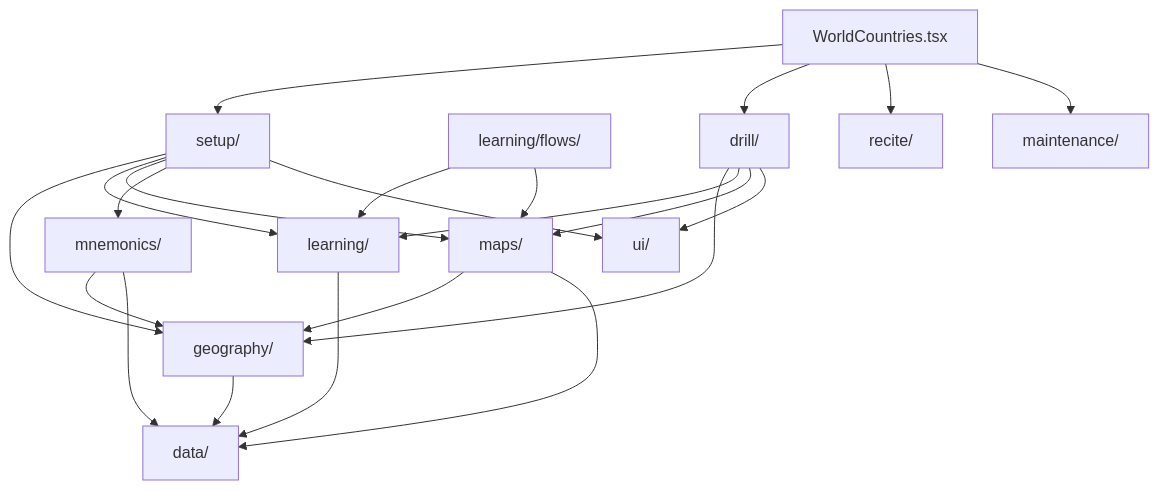
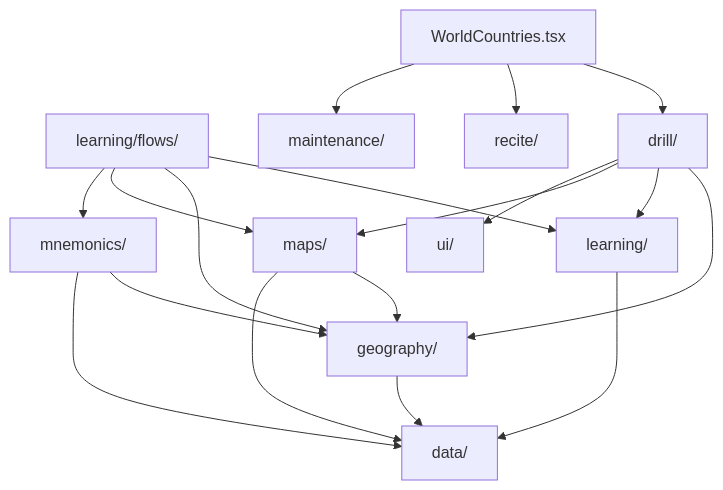
Before and after one commit to JolleNo10/major-system-app: the diagram in docs/architecture/features/WORLD_COUNTRIES.md, drawn with Mermaid. The commit also changed other lines of this file and 47 other files, not shown here.

````diff
--- a/docs/architecture/features/WORLD_COUNTRIES.md
+++ b/docs/architecture/features/WORLD_COUNTRIES.md
@@ -133,24 +127,20 @@
 ```mermaid
 flowchart TD
   Geography["geography/"] --> Data["data/"]
   Learning["learning/"] --> Data
   Maps["maps/"] --> Geography
   Maps --> Data
   Mnemonics["mnemonics/"] --> Geography
   Mnemonics --> Data
-  Setup["setup/"] --> Geography
-  Setup --> Learning
-  Setup --> Maps
-  Setup --> Mnemonics
-  Setup --> UI["ui/"]
   LearningFlows["learning/flows/"] --> Learning
+  LearningFlows --> Geography
   LearningFlows --> Maps
+  LearningFlows --> Mnemonics
   Drill["drill/"] --> Geography
   Drill --> Learning
   Drill --> Maps
-  Drill --> UI
-  Shell["WorldCountries.tsx"] --> Setup
-  Shell --> Drill
+  Drill --> UI["ui/"]
+  Shell["WorldCountries.tsx"] --> Drill
   Shell --> Recite["recite/"]
   Shell --> Maintenance["maintenance/"]
 ```
````
